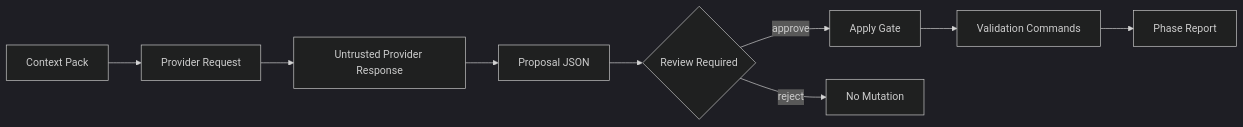
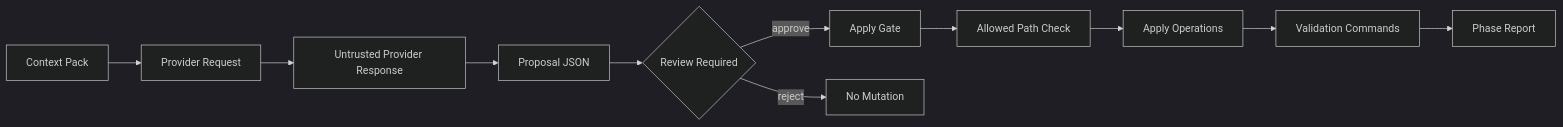
One commit to ProfRandom92/comptext-cli changed the sixth of 11 diagrams in README.md. Above: the diagram before and after it, drawn with Mermaid (dark theme). The commit also changed other lines of this file, not shown here.

Commit message:
Update README to Phase 9 status

````diff
--- a/README.md
+++ b/README.md
@@ -427,11 +404,13 @@
 ```mermaid
 flowchart LR
     A[Context Pack] --> B[Provider Request]
     B --> C[Untrusted Provider Response]
     C --> D[Proposal JSON]
     D --> E{Review Required}
     E -->|approve| F[Apply Gate]
     E -->|reject| G[No Mutation]
-    F --> H[Validation Commands]
-    H --> I[Phase Report]
+    F --> H[Allowed Path Check]
+    H --> I[Apply Operations]
+    I --> J[Validation Commands]
+    J --> K[Phase Report]
 ```
````
